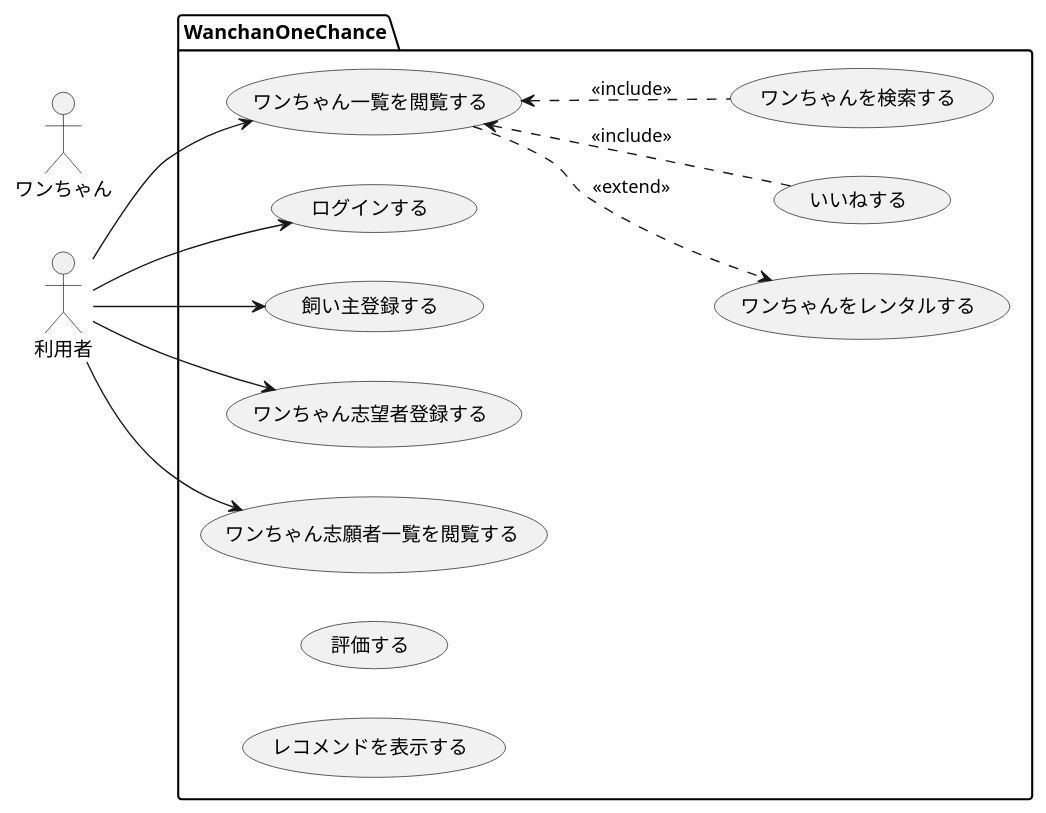
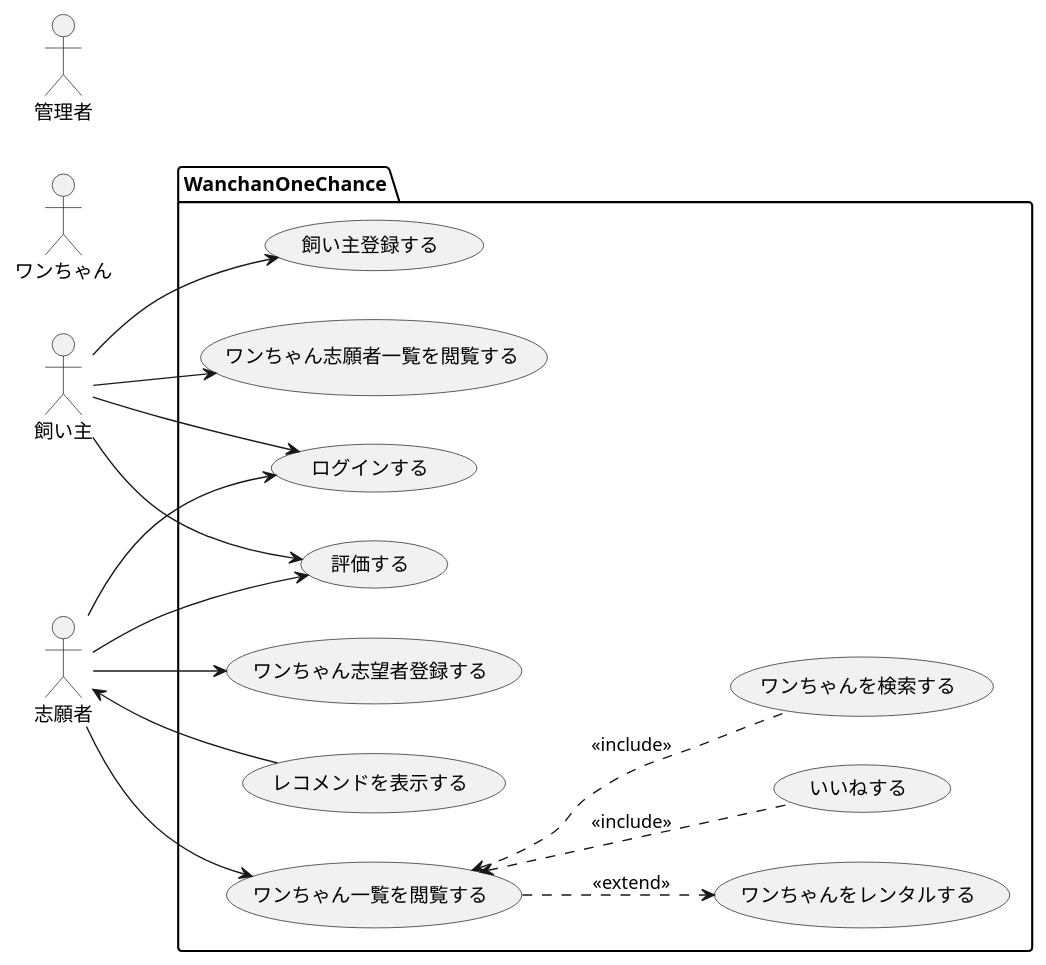
One commit to shirakurak/something changed the diagram in dogs/docs/usecase.md. Above: the diagram before and after it, drawn with PlantUML.

Commit message:
ユースケースのアクターを修正

````diff
--- a/dogs/docs/usecase.md
+++ b/dogs/docs/usecase.md
@@ -3,29 +3,35 @@
 ```plantuml
 @startuml usecase
 left to right direction
-actor 利用者 as user
+actor 飼い主 as owner
+actor 志願者 as applicant
 actor ワンちゃん as wanchan
+actor 管理者 as manager
 
 package WanchanOneChance {
   usecase "ログインする" as login
   usecase "飼い主登録する" as registerOwner
   usecase "ワンちゃん志望者登録する" as registerRequestWanchan
   usecase "ワンちゃん一覧を閲覧する" as viewWanchans
   usecase "ワンちゃんをレンタルする" as rentWanchan
   usecase "いいねする" as good
   usecase "ワンちゃんを検索する" as searchWanchan
   usecase "ワンちゃん志願者一覧を閲覧する" as viewRequestWanchan
   usecase "評価する" as assessment
   usecase "レコメンドを表示する" as recommend 
 }
 
-user --> login
-user --> registerRequestWanchan
-user --> registerOwner
-user --> viewWanchans
-user --> viewRequestWanchan
+owner --> login
+applicant --> login
+applicant --> registerRequestWanchan
+owner --> registerOwner
+applicant --> viewWanchans
+owner --> viewRequestWanchan
 viewWanchans .d.> rentWanchan: <<extend>>
 good .u.> viewWanchans: <<include>>
 searchWanchan .u.>viewWanchans: <<include>>
+owner --> assessment
+applicant --> assessment
+recommend --> applicant
 @enduml
 ```
````
